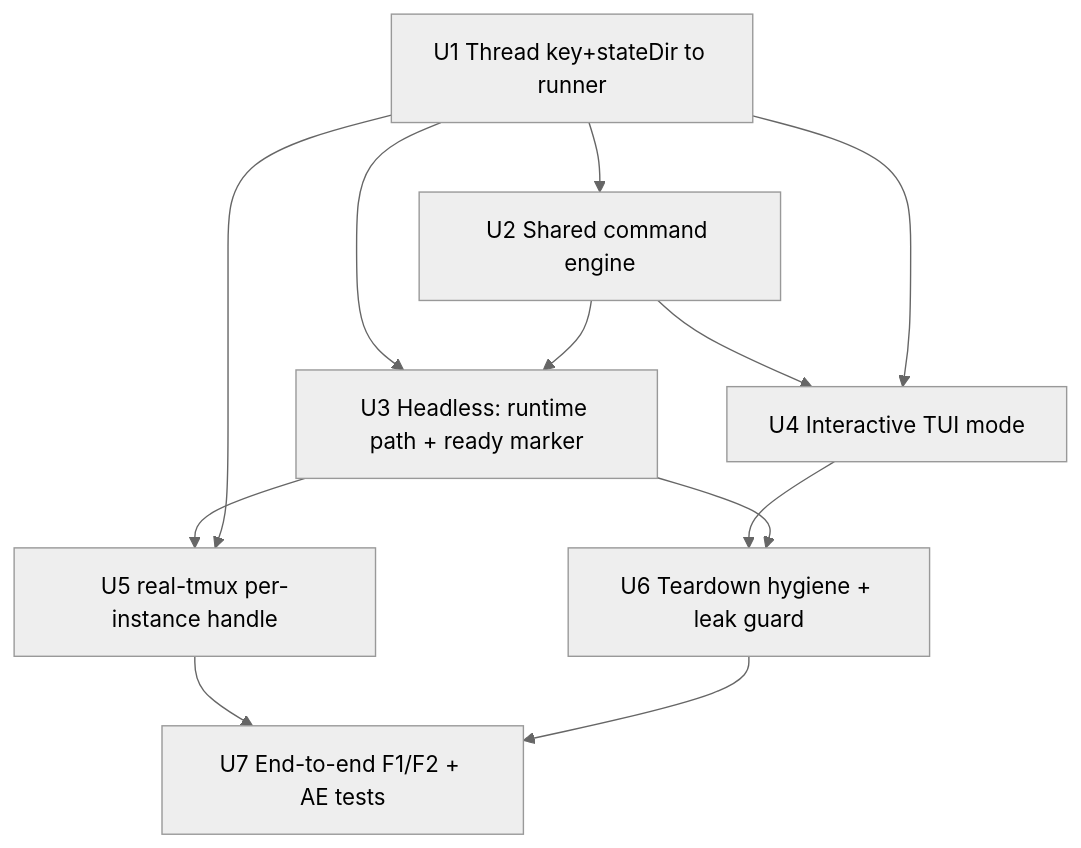
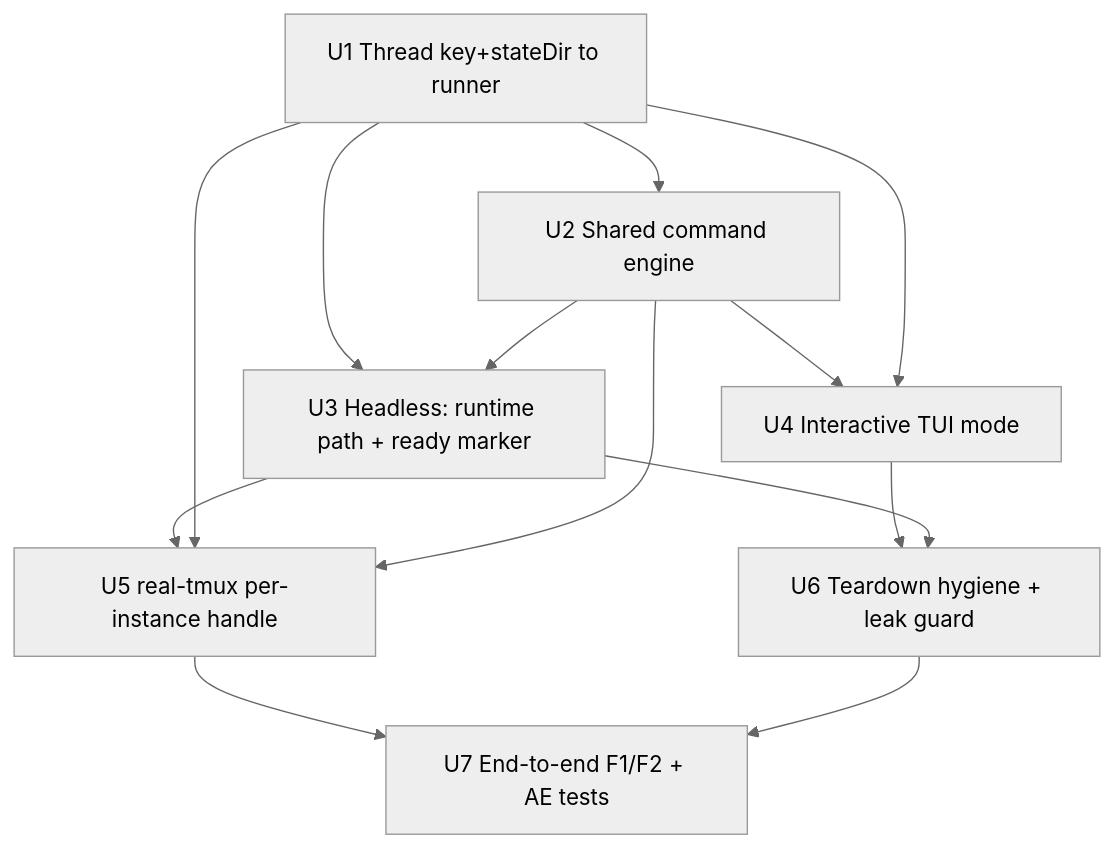
The second of 2 diagrams in docs/plans/2026-06-01-001-feat-predictable-fake-agent-plan.md (futuredapp/orch), drawn with Mermaid (neutral theme) before and after one commit. The commit also changed other lines of this file and 6 other files, not shown here.

````diff
--- a/docs/plans/2026-06-01-001-feat-predictable-fake-agent-plan.md
+++ b/docs/plans/2026-06-01-001-feat-predictable-fake-agent-plan.md
@@ -165,14 +168,15 @@
 ```mermaid
 graph TD
   U1[U1 Thread key+stateDir to runner] --> U2[U2 Shared command engine]
   U1 --> U3[U3 Headless: runtime path + ready marker]
   U2 --> U3
   U2 --> U4[U4 Interactive TUI mode]
   U1 --> U4
   U3 --> U5[U5 real-tmux per-instance handle]
   U1 --> U5
+  U2 --> U5
   U4 --> U6[U6 Teardown hygiene + leak guard]
   U3 --> U6
   U5 --> U7[U7 End-to-end F1/F2 + AE tests]
   U6 --> U7
 ```
````
